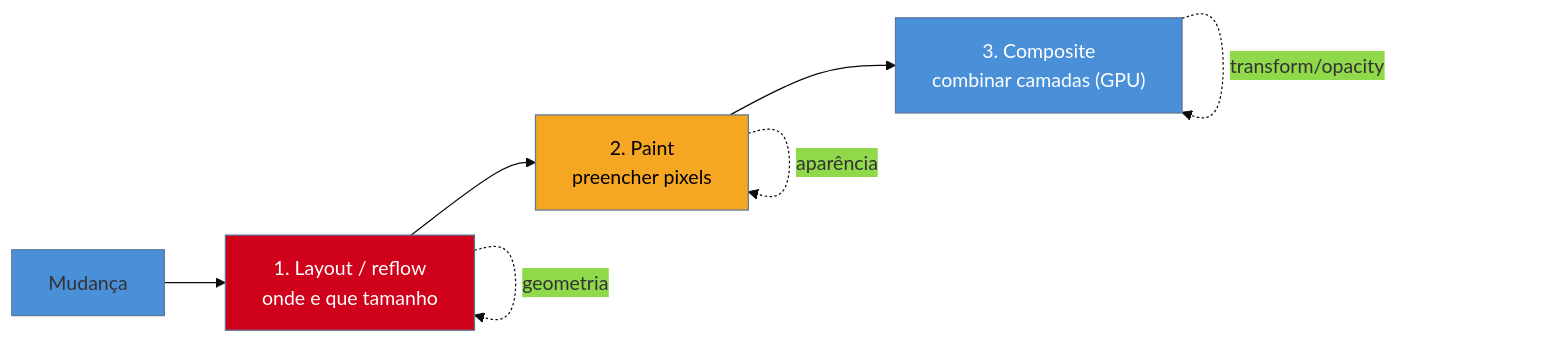
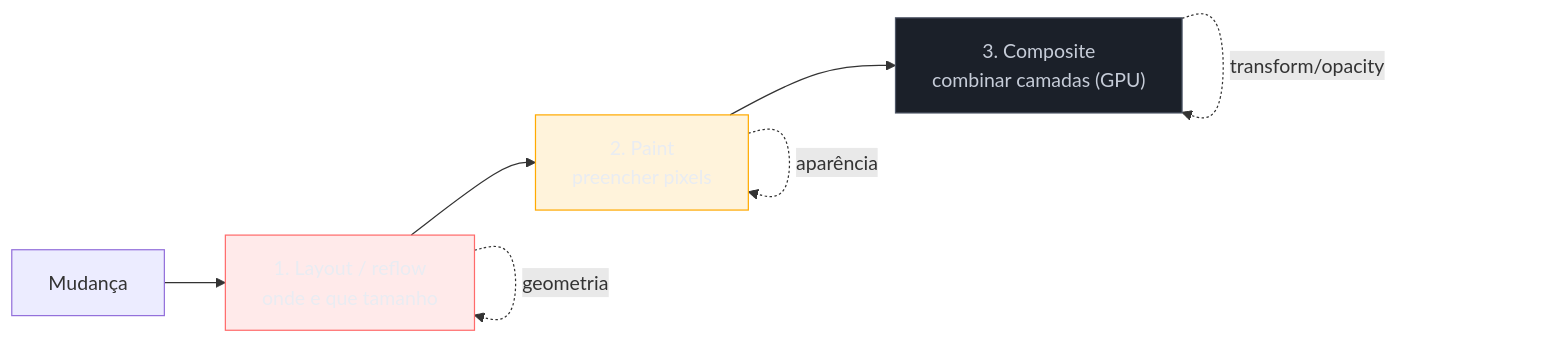
One commit to josenaldo/codex-technomanticus changed the diagram in 03-Dominios/Tecnologia/Web Performance/Performance de Runtime e Rendering/04 - Reflow, repaint e o custo do layout.md. Above: the diagram before and after it, drawn with Mermaid. The commit also changed 1181 other files, not shown here.

First line of the commit message:
fix(diagramas): paleta do sistema no lugar de cor cravada no markdown

````diff
--- a/03-Dominios/Tecnologia/Web Performance/Performance de Runtime e Rendering/04 - Reflow, repaint e o custo do layout.md
+++ b/03-Dominios/Tecnologia/Web Performance/Performance de Runtime e Rendering/04 - Reflow, repaint e o custo do layout.md
@@ -31,13 +31,15 @@
 ```mermaid
-%%{init: {"theme": "base", "themeVariables": {"primaryColor": "#4A90D9"}}}%%
 graph LR
+    classDef falha fill:#FF6B6B24,stroke:#FF6B6B,color:#E9ECF2
+    classDef destaque fill:#FFAA0024,stroke:#FFAA00,color:#E9ECF2
+    classDef neutro fill:#1B2029,stroke:#4E5666,color:#C6CCD8
     A[Mudança] --> B["1. Layout / reflow<br/>onde e que tamanho"]
     B --> C["2. Paint<br/>preencher pixels"]
     C --> D["3. Composite<br/>combinar camadas (GPU)"]
     B -.geometria.-> B
     C -.aparência.-> C
     D -.transform/opacity.-> D
-    style B fill:#D0021B,color:#fff
-    style C fill:#F5A623,color:#000
-    style D fill:#4A90D9,color:#fff
+    class B falha
+    class C destaque
+    class D neutro
 ```
````
